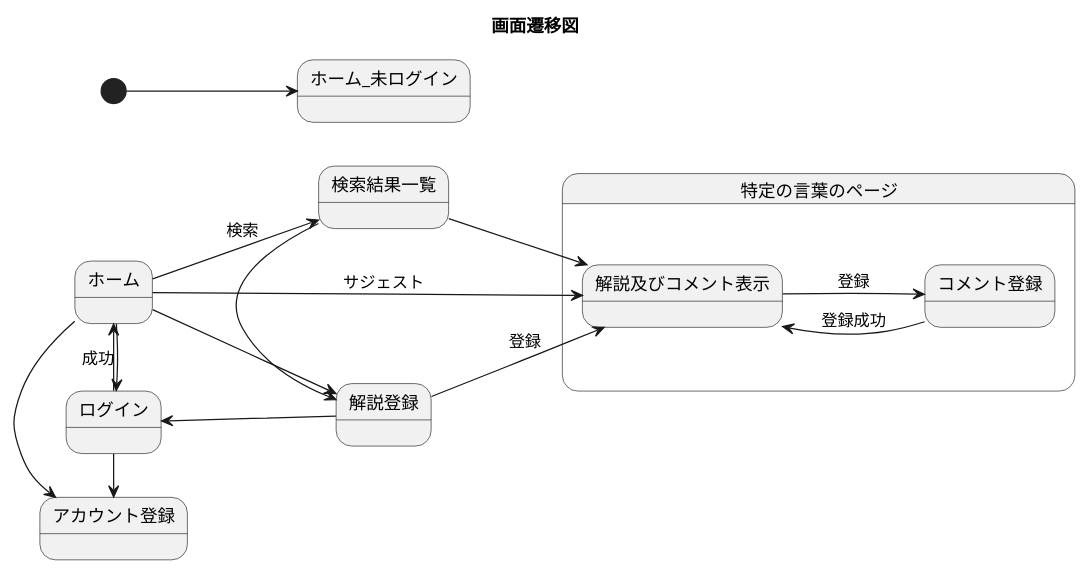
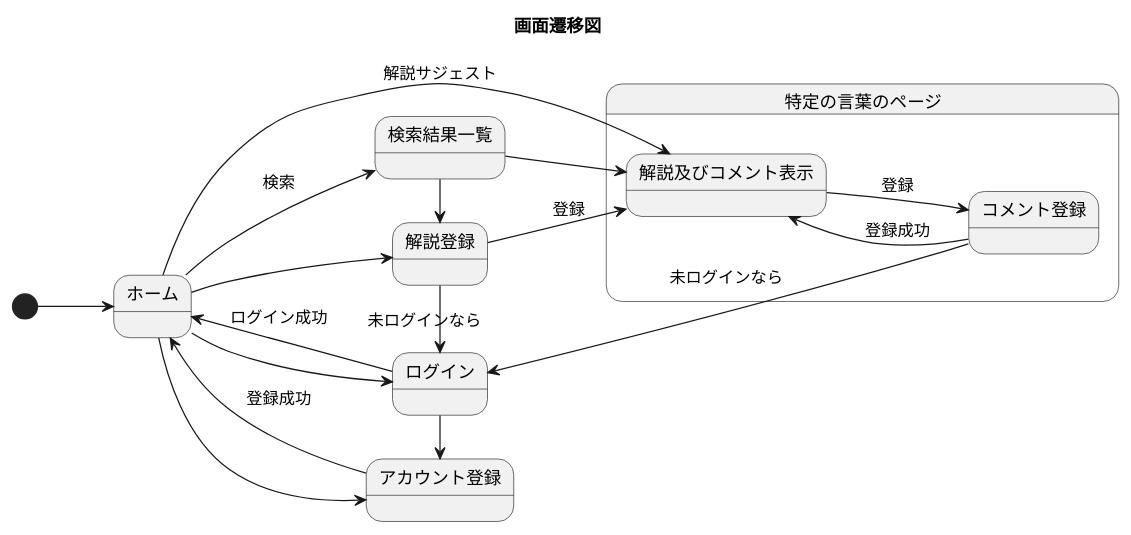
The diagram in docs/plantuml/アプリ_画面遷移図.pu (yu-suke0919/dxd_glossary_rails), drawn with PlantUML before and after one commit.

Commit message:
画面遷移図_修正

```diff
--- a/docs/plantuml/アプリ_画面遷移図.pu
+++ b/docs/plantuml/アプリ_画面遷移図.pu
@@ -1,35 +1,42 @@
 @startuml
 left to right direction
 title 画面遷移図
 
-state ホーム_未ログイン
+state ホーム
 state ログイン
 state アカウント登録
 state 検索結果一覧
 state 解説登録
 state 特定の言葉のページ{
   state "解説及びコメント表示" as 解説表示
   state コメント登録
   
   解説表示 -[hidden]-> コメント登録
 }
 
-[*] --> ホーム_未ログイン
-ホーム --> 解説表示 : サジェスト
-ホーム -right-> 検索結果一覧 :検索
-ホーム -down-> 解説登録
-ホーム -> アカウント登録
-ホーム -> ログイン
-ホーム <- ログイン : 成功
-ログイン -down> アカウント登録
+[*] --> ホーム
+
+ホーム --> 解説表示 :解説サジェスト
+ホーム --> 検索結果一覧 :検索
+ホーム --> 解説登録
+ホーム --> アカウント登録
+ホーム --> ログイン
+
+ホーム <-- ログイン :ログイン成功
+ホーム <-- アカウント登録 : 登録成功
+
+解説登録 -> ログイン :未ログインなら
+ログイン -> アカウント登録
+
 
 検索結果一覧 -> 解説登録
-ログイン <-- 解説登録
 検索結果一覧 --> 解説表示
 解説登録 --> 解説表示 : 登録
 
 解説表示 --> コメント登録 : 登録
 解説表示 <-- コメント登録 : 登録成功
 
+ログイン <-up-- コメント登録 : 未ログインなら
+
 
 @enduml
```
